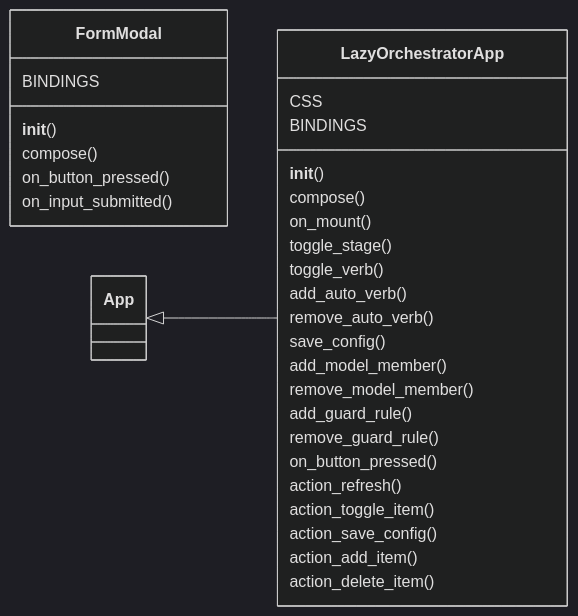
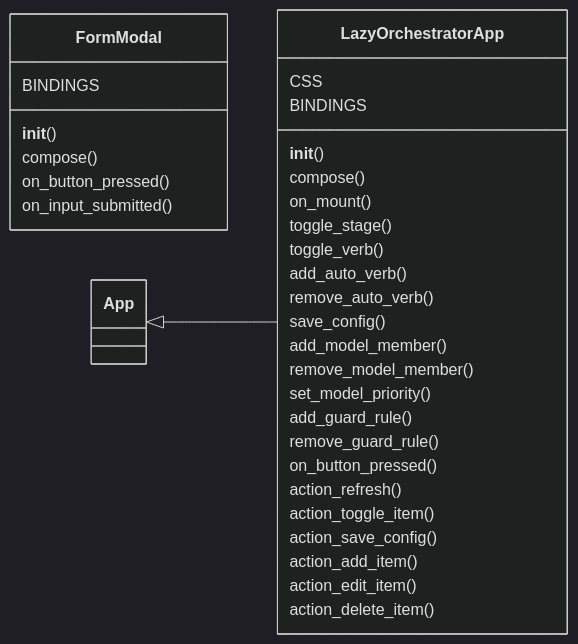
The first of 2 diagrams in readmenator-apidocs/modules/cli.lazy_orchestrator.py.md (grisuno/LazyOwn), drawn with Mermaid (dark theme) before and after one commit. The commit also changed other lines of this file and 325 other files, not shown here.

````diff
--- a/readmenator-apidocs/modules/cli.lazy_orchestrator.py.md
+++ b/readmenator-apidocs/modules/cli.lazy_orchestrator.py.md
@@ -26,33 +26,35 @@
 ```mermaid
 classDiagram
     direction LR
     class FormModal
     FormModal : BINDINGS
     FormModal : __init__()
     FormModal : compose()
     FormModal : on_button_pressed()
     FormModal : on_input_submitted()
     class LazyOrchestratorApp
     LazyOrchestratorApp : CSS
     LazyOrchestratorApp : BINDINGS
     LazyOrchestratorApp : __init__()
     LazyOrchestratorApp : compose()
     LazyOrchestratorApp : on_mount()
     LazyOrchestratorApp : toggle_stage()
     LazyOrchestratorApp : toggle_verb()
     LazyOrchestratorApp : add_auto_verb()
     LazyOrchestratorApp : remove_auto_verb()
     LazyOrchestratorApp : save_config()
     LazyOrchestratorApp : add_model_member()
     LazyOrchestratorApp : remove_model_member()
+    LazyOrchestratorApp : set_model_priority()
     LazyOrchestratorApp : add_guard_rule()
     LazyOrchestratorApp : remove_guard_rule()
     LazyOrchestratorApp : on_button_pressed()
     LazyOrchestratorApp : action_refresh()
     LazyOrchestratorApp : action_toggle_item()
     LazyOrchestratorApp : action_save_config()
     LazyOrchestratorApp : action_add_item()
+    LazyOrchestratorApp : action_edit_item()
     LazyOrchestratorApp : action_delete_item()
     class App
     App <|-- LazyOrchestratorApp
 ```
````
